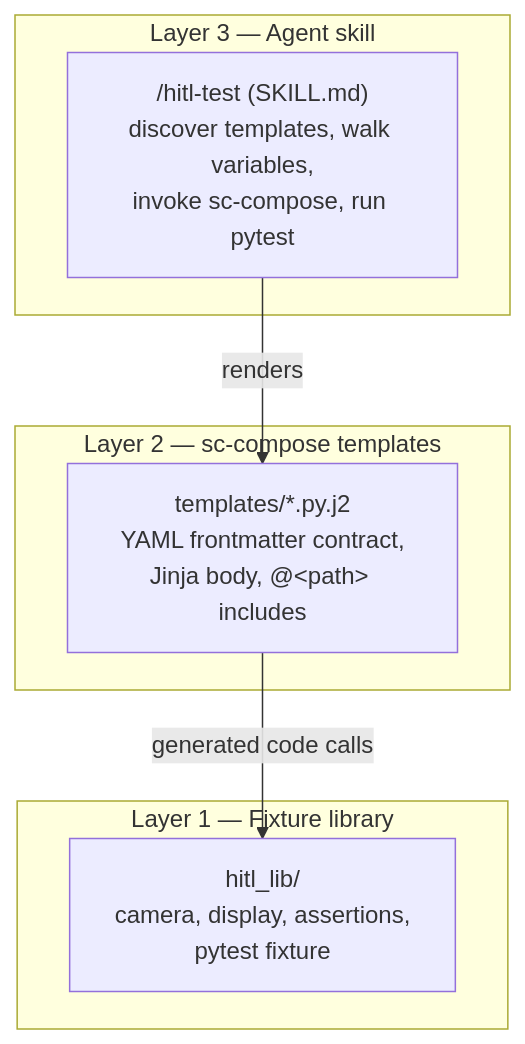
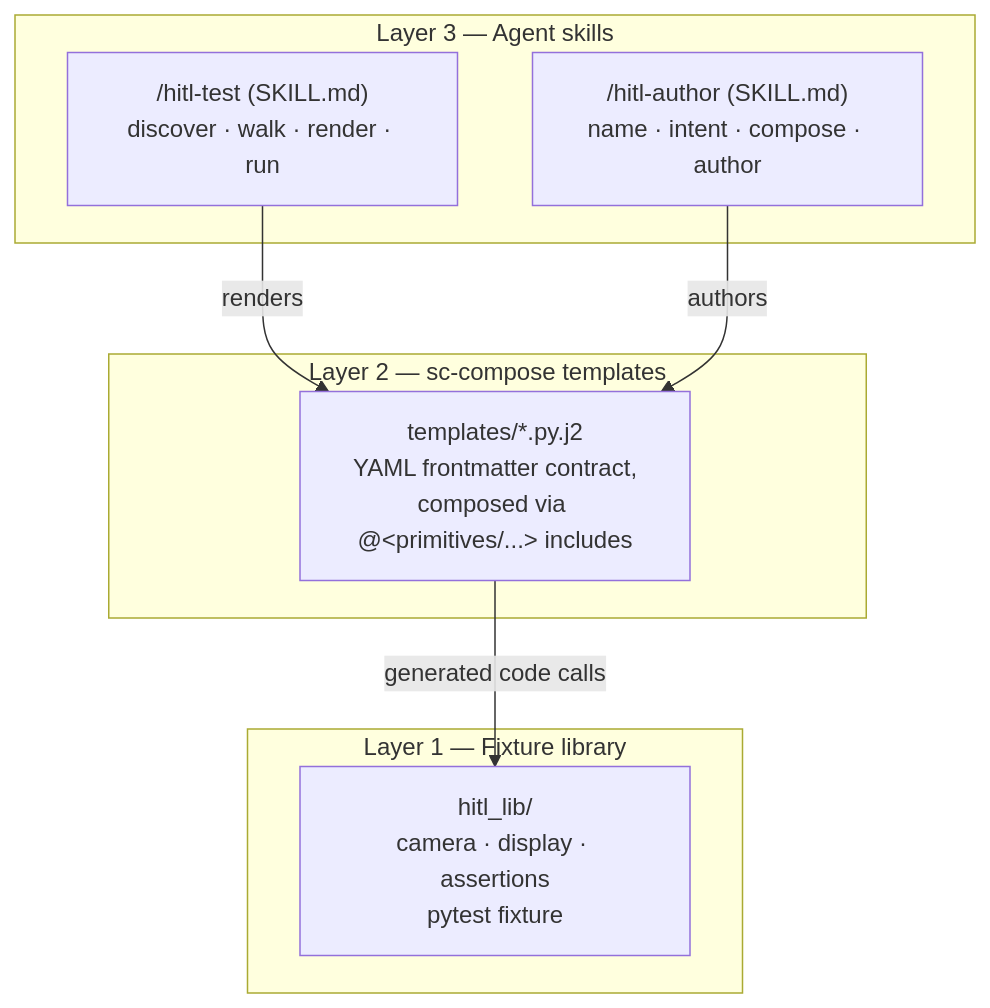
The first of 4 diagrams in docs/sop.md (BunnyDAO/HITL), drawn with Mermaid before and after one commit. The commit also changed other lines of this file and 2 other files, not shown here.

````diff
--- a/docs/sop.md
+++ b/docs/sop.md
@@ -11,14 +90,16 @@
 ```mermaid
 graph TB
-    subgraph L3[Layer 3 — Agent skill]
-        skill["/hitl-test (SKILL.md)<br/>discover templates, walk variables,<br/>invoke sc-compose, run pytest"]
+    subgraph L3[Layer 3 — Agent skills]
+        skill1["/hitl-test (SKILL.md)<br/>discover · walk · render · run"]
+        skill2["/hitl-author (SKILL.md)<br/>name · intent · compose · author"]
     end
     subgraph L2[Layer 2 — sc-compose templates]
-        templates["templates/*.py.j2<br/>YAML frontmatter contract,<br/>Jinja body, @&lt;path&gt; includes"]
+        templates["templates/*.py.j2<br/>YAML frontmatter contract,<br/>composed via @&lt;primitives/...&gt; includes"]
     end
     subgraph L1[Layer 1 — Fixture library]
-        lib["hitl_lib/<br/>camera, display, assertions,<br/>pytest fixture"]
+        lib["hitl_lib/<br/>camera · display · assertions<br/>pytest fixture"]
     end
-    skill -->|renders| templates
+    skill1 -->|renders| templates
+    skill2 -->|authors| templates
     templates -->|generated code calls| lib
 ```
````
